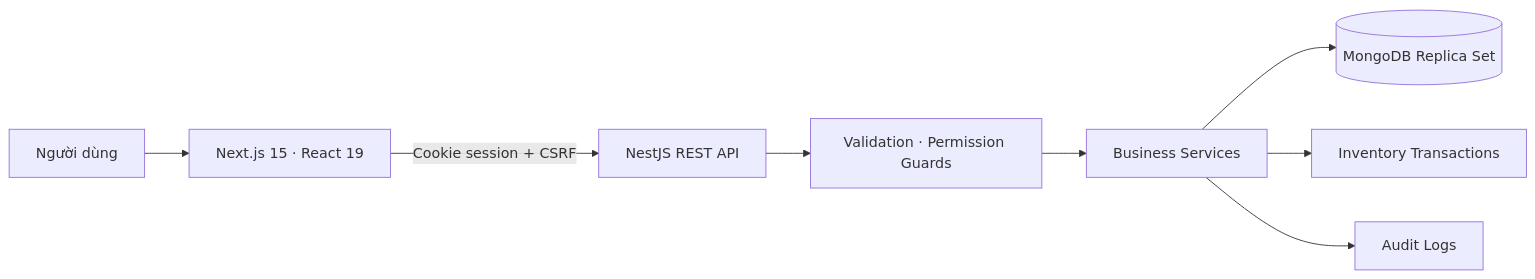
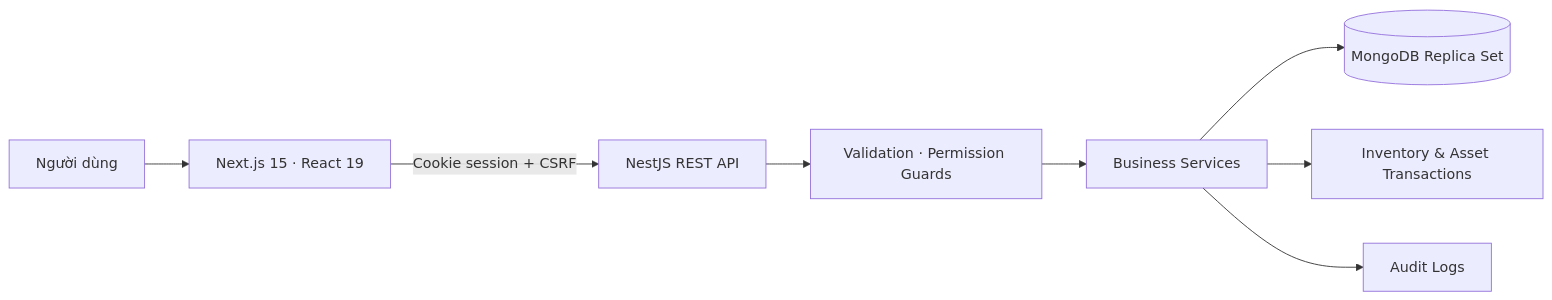
One commit to HoangPhiHungGG/phan_mem_quan_ly_thiet_bi changed the first of 2 diagrams in README.md. Above: the diagram before and after it, drawn with Mermaid. The commit also changed other lines of this file and 41 other files, not shown here.

````diff
--- a/README.md
+++ b/README.md
@@ -48,10 +63,10 @@
 ```mermaid
 flowchart LR
     U[Người dùng] --> W[Next.js 15 · React 19]
     W -->|Cookie session + CSRF| A[NestJS REST API]
     A --> V[Validation · Permission Guards]
     V --> S[Business Services]
     S --> M[(MongoDB Replica Set)]
-    S --> T[Inventory Transactions]
+    S --> T[Inventory & Asset Transactions]
     S --> L[Audit Logs]
 ```
````
